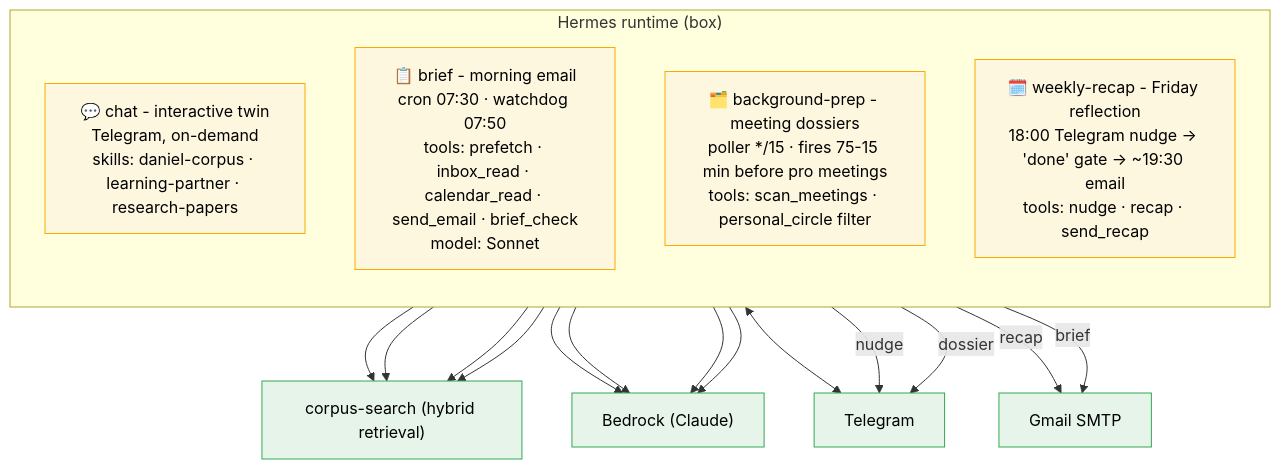
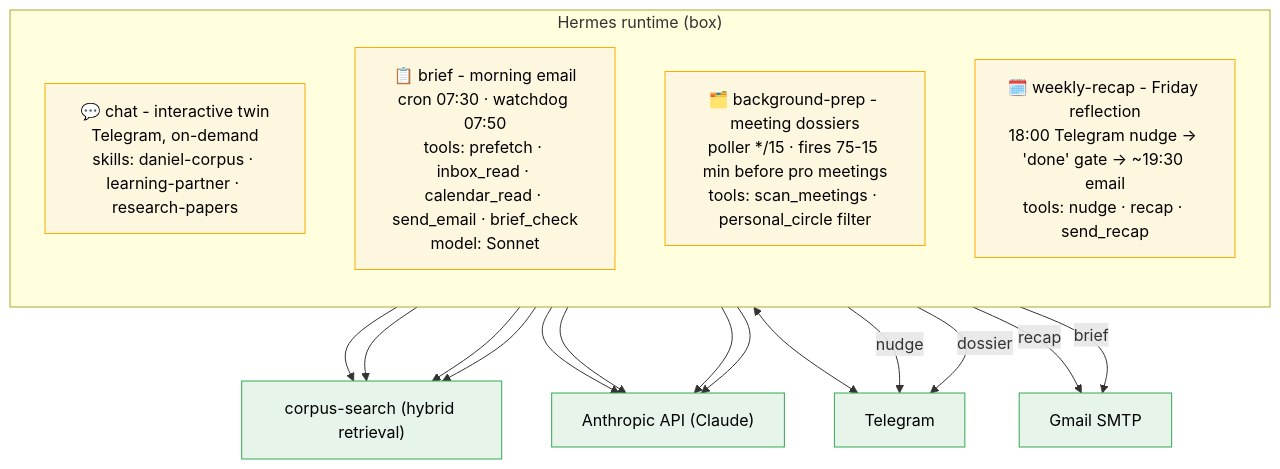
Before and after one commit to danielpuri1901/twin-mind: the fourth of 6 diagrams in docs/architecture-map.md, drawn with Mermaid. The commit also changed other lines of this file and 21 other files, not shown here.

First line of the commit message:
feat: Claude inference moves from Bedrock to the Anthropic API, embeddings stay on Bedrock (#1)

````diff
--- a/docs/architecture-map.md
+++ b/docs/architecture-map.md
@@ -143,32 +145,32 @@
 ```mermaid
 flowchart TB
     subgraph RT["Hermes runtime (box)"]
         direction TB
         CHAT["💬 chat - interactive twin<br/>Telegram, on-demand<br/>skills: daniel-corpus · learning-partner · research-papers"]
         BRIEF["📋 brief - morning email<br/>cron 07:30 · watchdog 07:50<br/>tools: prefetch · inbox_read · calendar_read · send_email · brief_check<br/>model: Sonnet"]
         PREP["🗂️ background-prep - meeting dossiers<br/>poller */15 · fires 75-15 min before pro meetings<br/>tools: scan_meetings · personal_circle filter"]
         RECAP["🗓️ weekly-recap - Friday reflection<br/>18:00 Telegram nudge -> 'done' gate -> ~19:30 email<br/>tools: nudge · recap · send_recap"]
     end
 
     CORPUS["corpus-search (hybrid retrieval)"]
-    BED["Bedrock (Claude)"]
+    BED["Anthropic API (Claude)"]
     TG["Telegram"]
     MAIL["Gmail SMTP"]
 
     CHAT --> CORPUS
     BRIEF --> CORPUS
     PREP --> CORPUS
     RECAP --> CORPUS
     CHAT & BRIEF & PREP & RECAP --> BED
 
     CHAT <--> TG
     RECAP -->|nudge| TG
     RECAP -->|recap| MAIL
     BRIEF -->|brief| MAIL
     PREP -->|dossier| TG
 
     classDef agent fill:#fef7e0,stroke:#f9ab00,color:#000
     classDef svc fill:#e6f4ea,stroke:#34a853,color:#000
     class CHAT,BRIEF,PREP,RECAP agent
     class CORPUS,BED,TG,MAIL svc
 ```
````
